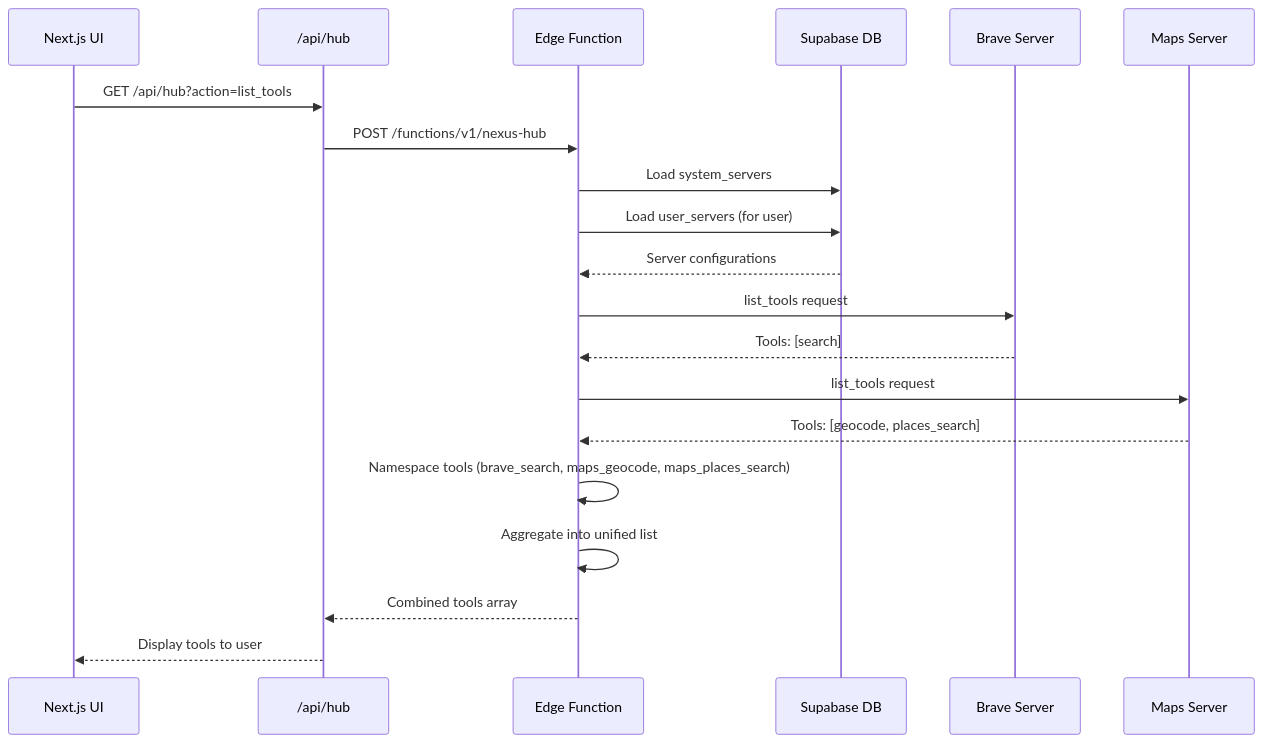
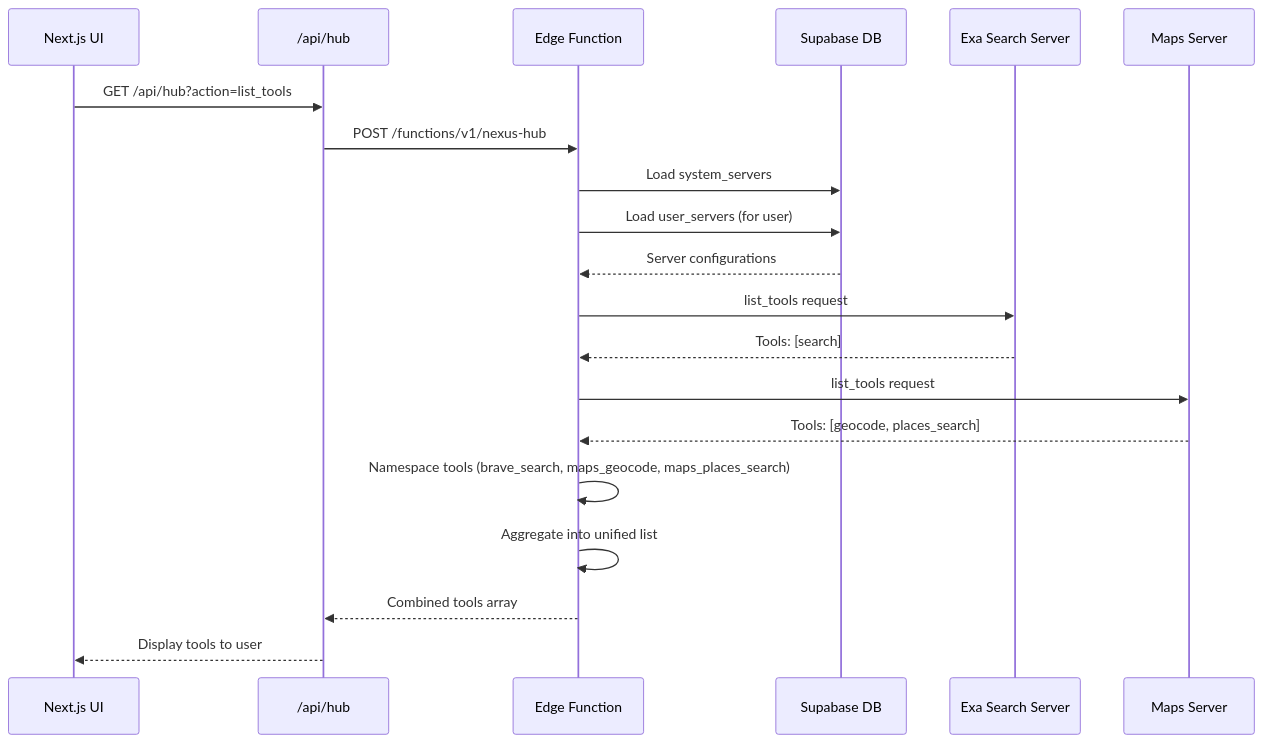
The second of 5 diagrams in docs/ARCHITECTURE.md (mcpmessenger/project-nexus-v2), drawn with Mermaid before and after one commit. The commit also changed other lines of this file and 23 other files, not shown here.

First line of the commit message:
Replace Brave Search with Exa Search and implement real metrics tracking

````diff
--- a/docs/ARCHITECTURE.md
+++ b/docs/ARCHITECTURE.md
@@ -65,23 +65,23 @@
 ```mermaid
 sequenceDiagram
     participant UI as Next.js UI
     participant API as /api/hub
     participant Hub as Edge Function
     participant DB as Supabase DB
-    participant Brave as Brave Server
+    participant Exa as Exa Search Server
     participant Maps as Maps Server
     
     UI->>API: GET /api/hub?action=list_tools
     API->>Hub: POST /functions/v1/nexus-hub
     Hub->>DB: Load system_servers
     Hub->>DB: Load user_servers (for user)
     DB-->>Hub: Server configurations
-    Hub->>Brave: list_tools request
-    Brave-->>Hub: Tools: [search]
+    Hub->>Exa: list_tools request
+    Exa-->>Hub: Tools: [search]
     Hub->>Maps: list_tools request
     Maps-->>Hub: Tools: [geocode, places_search]
     Hub->>Hub: Namespace tools (brave_search, maps_geocode, maps_places_search)
     Hub->>Hub: Aggregate into unified list
     Hub-->>API: Combined tools array
     API-->>UI: Display tools to user
 ```
````
